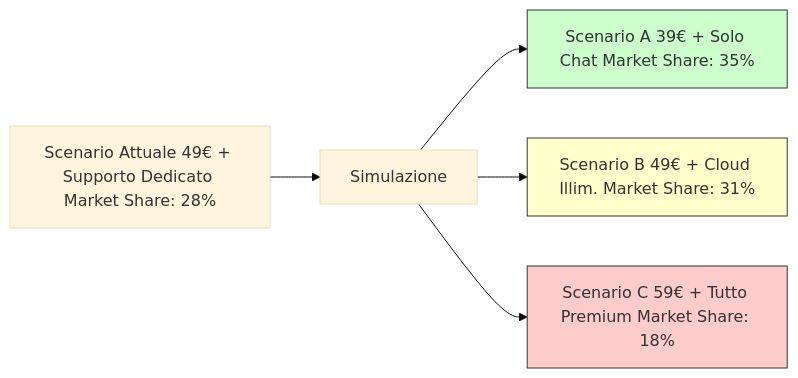
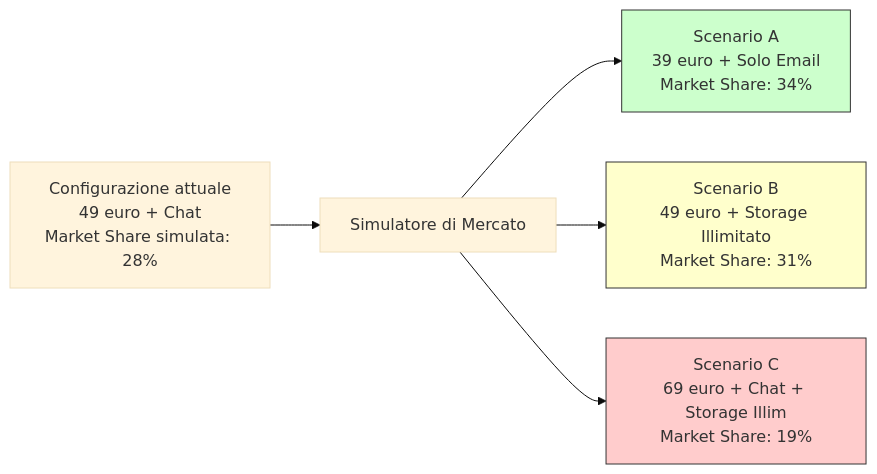
The diagram in src/content/blog/conjoint-analysis.mdx (AndreyBertasini/gynnitech), drawn with Mermaid (base theme) before and after one commit. The commit also changed other lines of this file and 27 other files, not shown here.

````diff
--- a/src/content/blog/conjoint-analysis.mdx
+++ b/src/content/blog/conjoint-analysis.mdx
@@ -159,11 +296,10 @@
 ```mermaid
 graph LR
-    A["Scenario Attuale 49€ + Supporto Dedicato Market Share: 28%"] --> B["Simulazione"]
-    B --> C["Scenario A 39€ + Solo Chat Market Share: 35%"]
-    B --> D["Scenario B 49€ + Cloud Illim. Market Share: 31%"]
-    B --> E["Scenario C 59€ + Tutto Premium Market Share: 18%"]
-    
+    A["Configurazione attuale<br/>49 euro + Chat<br/>Market Share simulata: 28%"] --> B[Simulatore di Mercato]
+    B --> C["Scenario A<br/>39 euro + Solo Email<br/>Market Share: 34%"]
+    B --> D["Scenario B<br/>49 euro + Storage Illimitato<br/>Market Share: 31%"]
+    B --> E["Scenario C<br/>69 euro + Chat + Storage Illim<br/>Market Share: 19%"]
     style C fill:#ccffcc,stroke:#333
     style D fill:#ffffcc,stroke:#333
     style E fill:#ffcccc,stroke:#333
 ```
````
